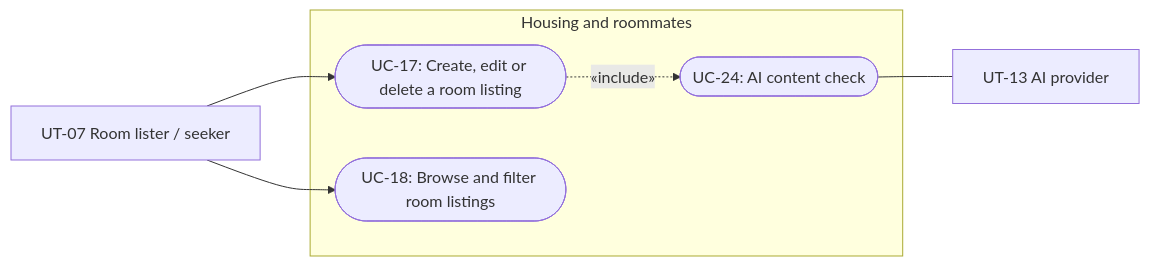
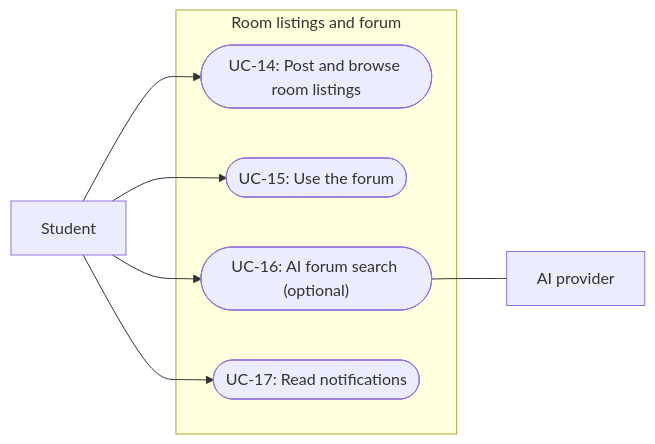
The sixth of 7 diagrams in docs/RequirementsSpec.md (FuatKarakaya/ShareMaxxing), drawn with Mermaid before and after one commit. The commit also changed other lines of this file, not shown here.

````diff
--- a/docs/RequirementsSpec.md
+++ b/docs/RequirementsSpec.md
@@ -701,17 +370,19 @@
 ```mermaid
 flowchart LR
-    Lister["UT-07 Room lister / seeker"]
+    Student["Student"]
 
-    subgraph System["Housing and roommates"]
-        UC17(["UC-17: Create, edit or delete a room listing"])
-        UC18(["UC-18: Browse and filter room listings"])
-        AICheck(["UC-24: AI content check"])
+    subgraph System["Room listings and forum"]
+        UC14(["UC-14: Post and browse room listings"])
+        UC15(["UC-15: Use the forum"])
+        UC16(["UC-16: AI forum search (optional)"])
+        UC17(["UC-17: Read notifications"])
     end
 
-    AIP["UT-13 AI provider"]
+    AI["AI provider"]
 
-    Lister --> UC17
-    Lister --> UC18
-    UC17 -.->|«include»| AICheck
-    AICheck --- AIP
+    Student --> UC14
+    Student --> UC15
+    Student --> UC16
+    Student --> UC17
+    UC16 --- AI
 ```
````
